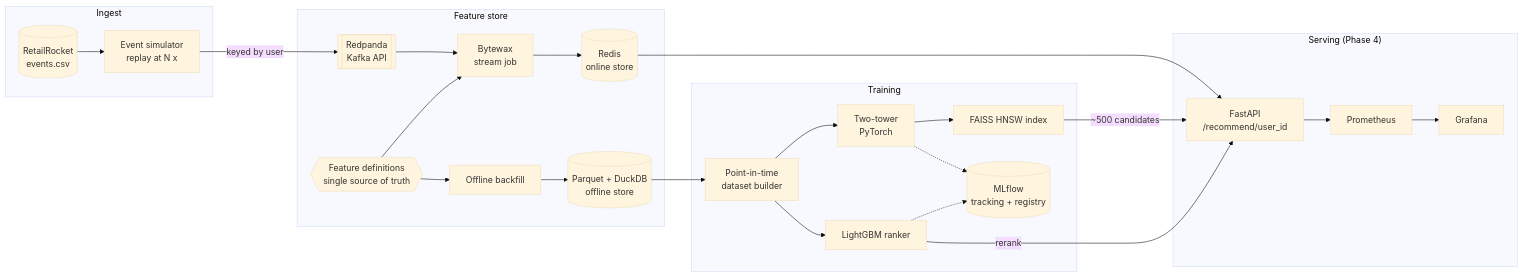
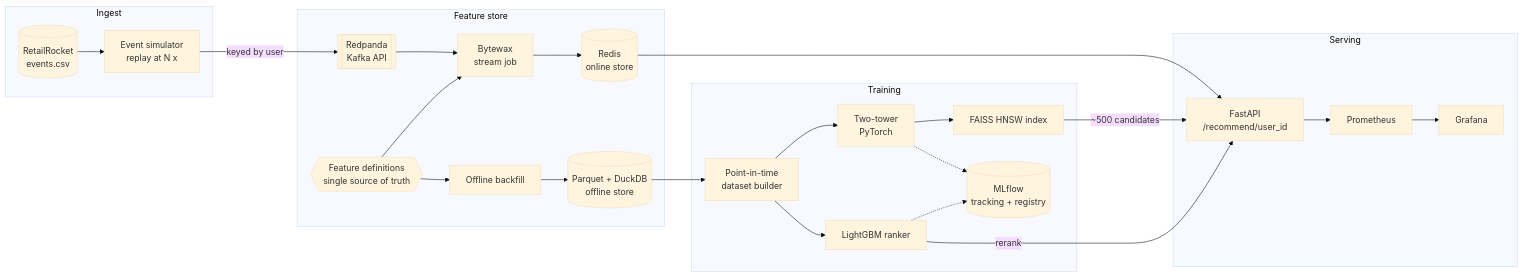
The diagram in README.md (Yashika2211/absolute), drawn with Mermaid (base theme) before and after one commit. The commit also changed other lines of this file, not shown here.

Commit message:
document serving and load test in readme

````diff
--- a/README.md
+++ b/README.md
@@ -13,33 +13,33 @@
 ```mermaid
 flowchart LR
     subgraph Ingest
         CSV[(RetailRocket<br/>events.csv)] --> SIM[Event simulator<br/>replay at N x]
     end
     SIM -->|keyed by user| RP[[Redpanda<br/>Kafka API]]
 
     subgraph Features["Feature store"]
         DEF{{Feature definitions<br/>single source of truth}}
         RP --> BW[Bytewax<br/>stream job]
         DEF --> BW
         DEF --> BF[Offline backfill]
         BW --> REDIS[(Redis<br/>online store)]
         BF --> PQ[(Parquet + DuckDB<br/>offline store)]
     end
 
     subgraph Training
         PQ --> PIT[Point-in-time<br/>dataset builder]
         PIT --> TT[Two-tower<br/>PyTorch]
         PIT --> LGB[LightGBM ranker]
         TT --> FAISS[FAISS HNSW index]
         TT -.-> MLF[(MLflow<br/>tracking + registry)]
         LGB -.-> MLF
     end
 
-    subgraph Serving["Serving (Phase 4)"]
+    subgraph Serving["Serving"]
         API[FastAPI<br/>/recommend/user_id]
         REDIS --> API
         FAISS -->|~500 candidates| API
         LGB -->|rerank| API
         API --> PROM[Prometheus] --> GRAF[Grafana]
     end
 ```
````
